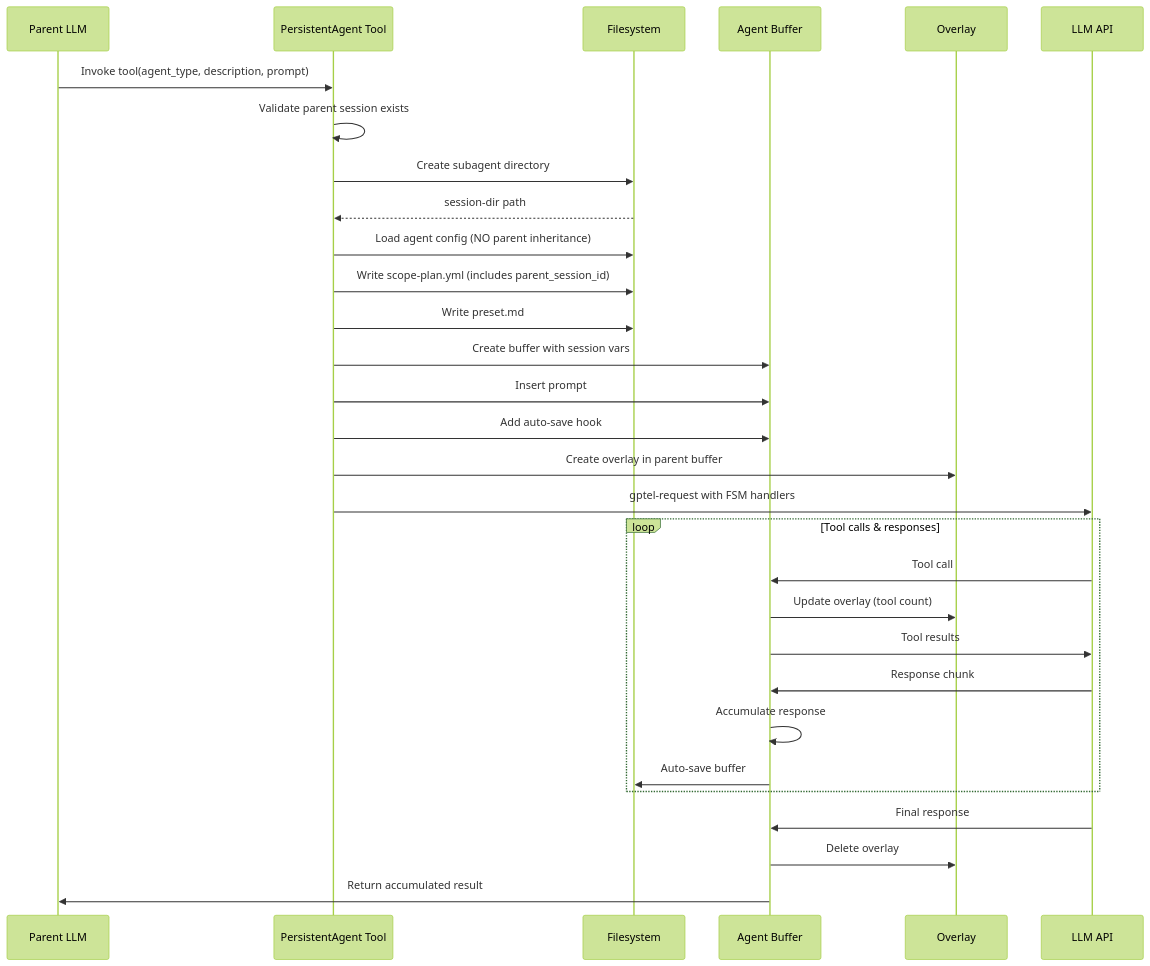
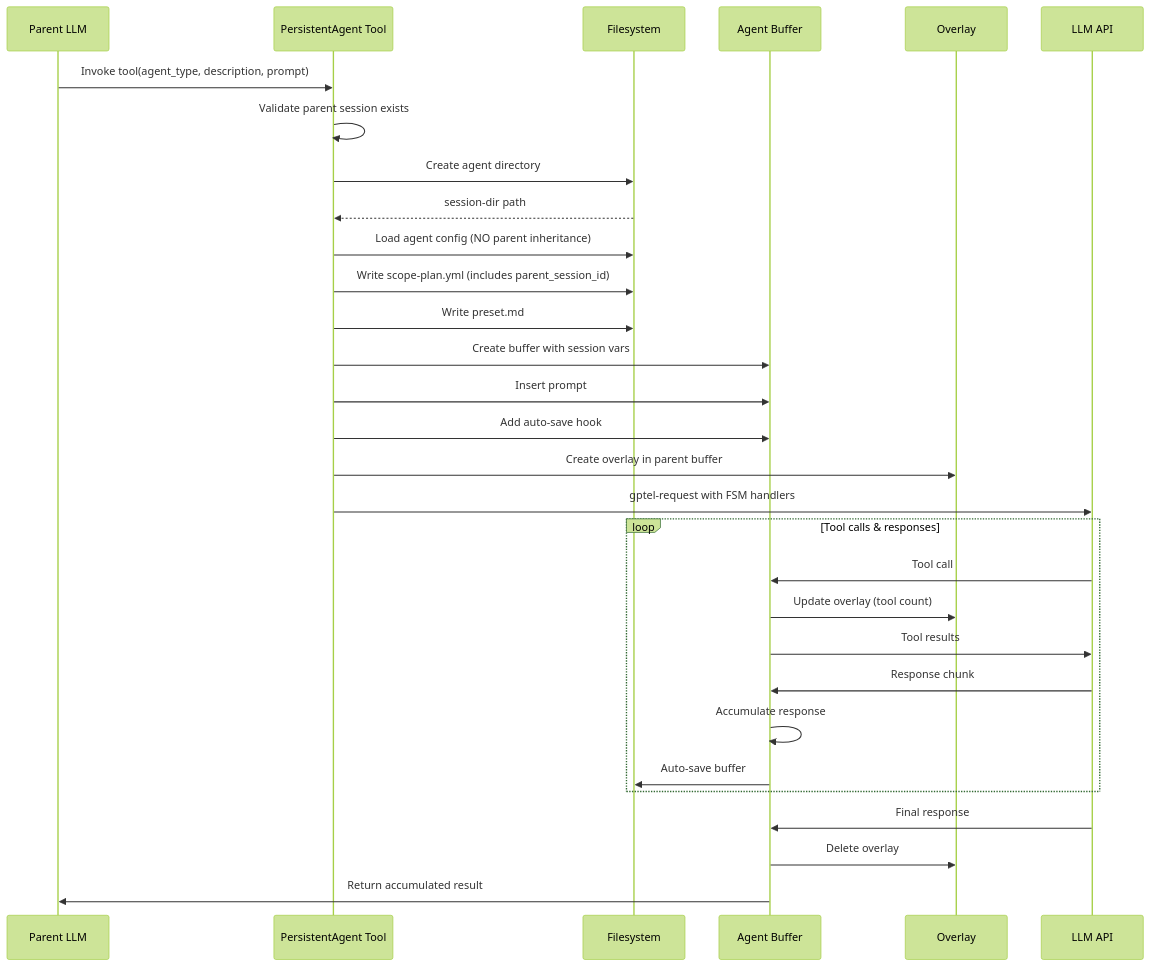
One commit to moogah/emacs changed the second of 3 diagrams in config/gptel/tools/persistent-agent.org. Above: the diagram before and after it, drawn with Mermaid (forest theme). The commit also changed other lines of this file and 19 other files, not shown here.

First line of the commit message:
Rename subagent terminology to agent throughout codebase

```diff
--- a/config/gptel/tools/persistent-agent.org
+++ b/config/gptel/tools/persistent-agent.org
@@ -109,39 +109,39 @@
 #+begin_src mermaid
 sequenceDiagram
     participant P as Parent LLM
     participant T as PersistentAgent Tool
     participant FS as Filesystem
     participant B as Agent Buffer
     participant O as Overlay
     participant API as LLM API
 
     P->>T: Invoke tool(agent_type, description, prompt)
     T->>T: Validate parent session exists
-    T->>FS: Create subagent directory
+    T->>FS: Create agent directory
     FS-->>T: session-dir path
 
     T->>FS: Load agent config (NO parent inheritance)
     T->>FS: Write scope-plan.yml (includes parent_session_id)
     T->>FS: Write preset.md
 
     T->>B: Create buffer with session vars
     T->>B: Insert prompt
     T->>B: Add auto-save hook
 
     T->>O: Create overlay in parent buffer
 
     T->>API: gptel-request with FSM handlers
 
     loop Tool calls & responses
         API->>B: Tool call
         B->>O: Update overlay (tool count)
         B->>API: Tool results
         API->>B: Response chunk
         B->>B: Accumulate response
         B->>FS: Auto-save buffer
     end
 
     API->>B: Final response
     B->>O: Delete overlay
     B->>P: Return accumulated result
 #+end_src
```
